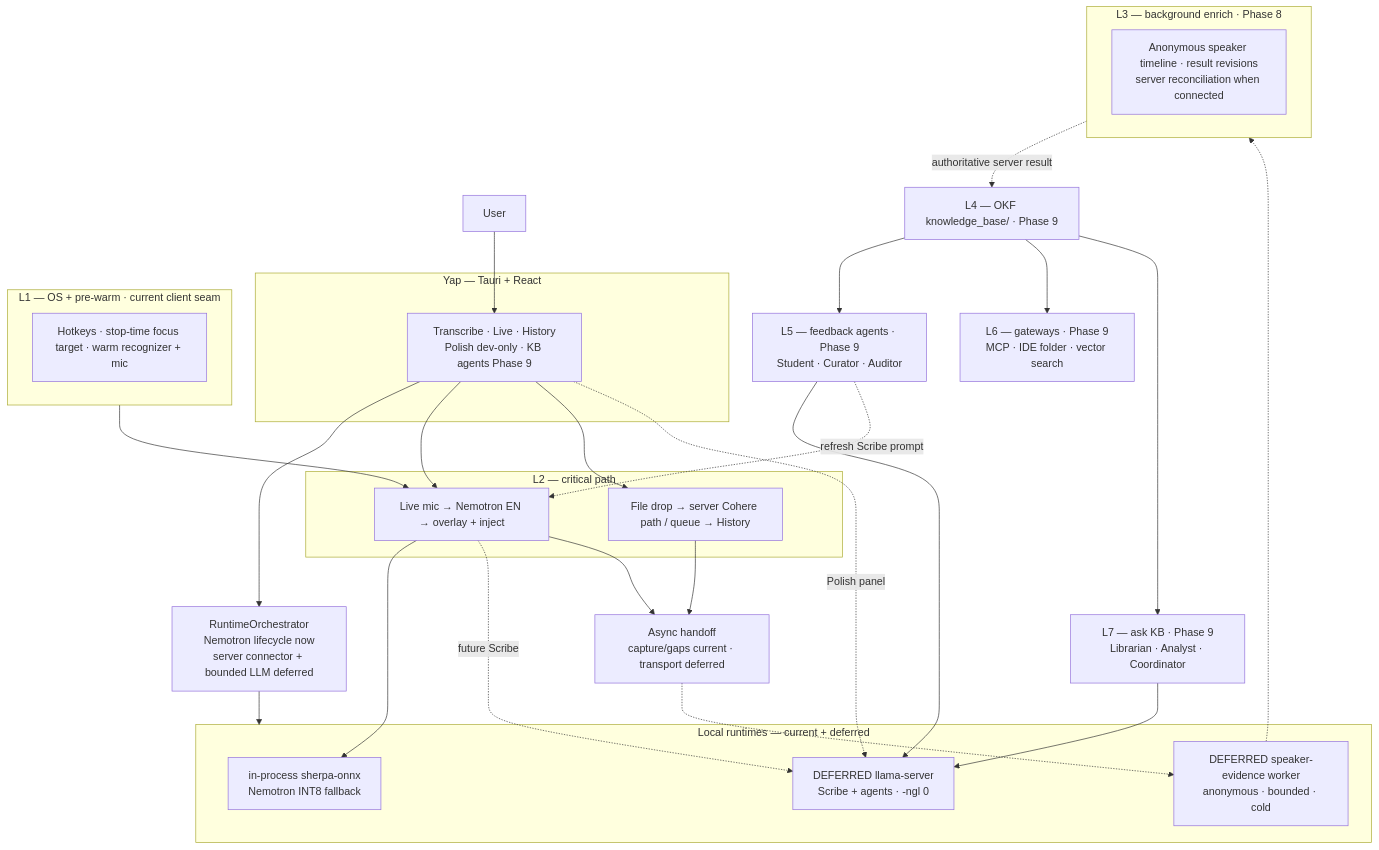
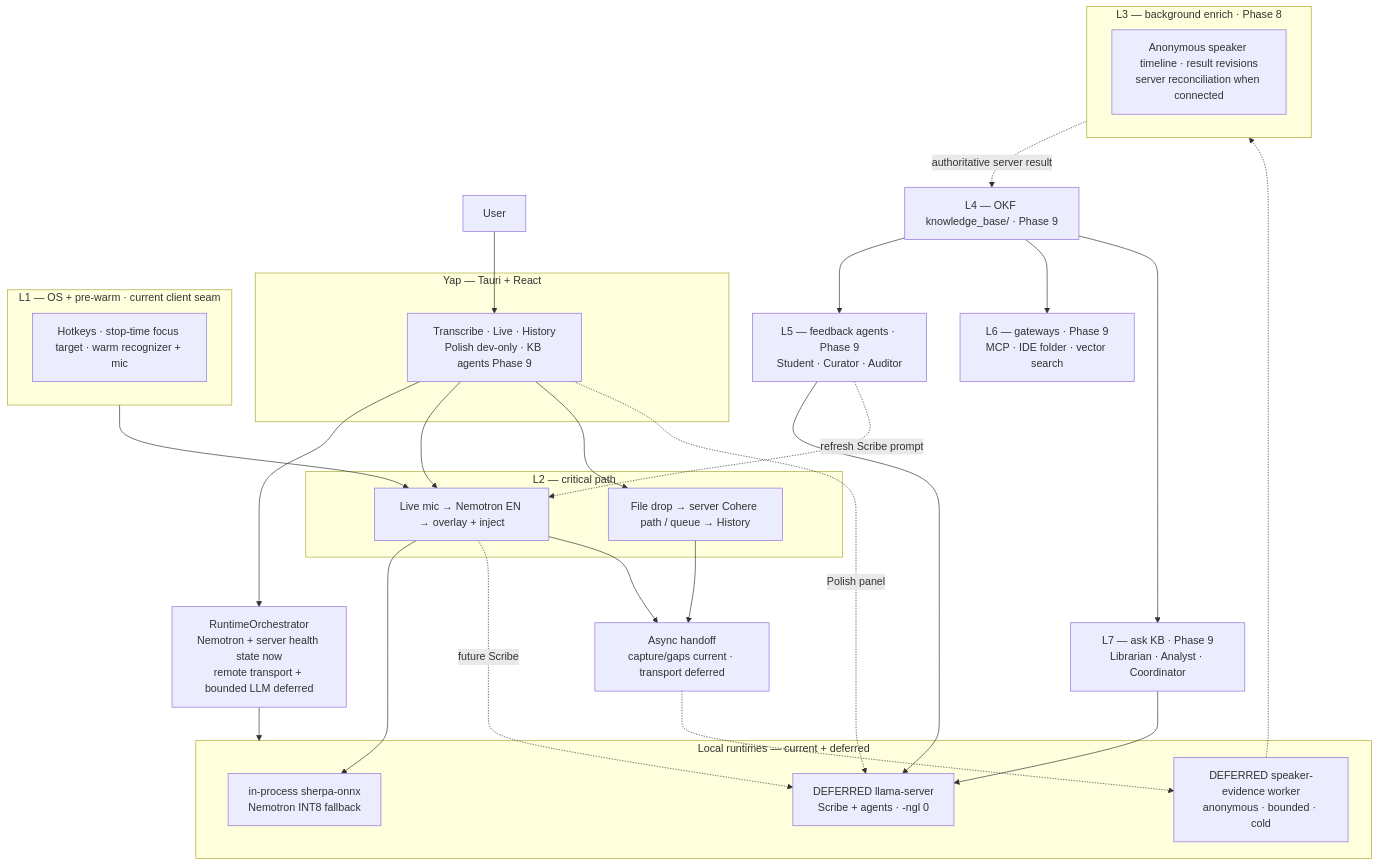
Before and after one commit to mcnatg1/yap: the first of 4 diagrams in docs/VOICE-OS-ARCHITECTURE.md, drawn with Mermaid. The commit also changed other lines of this file and 15 other files, not shown here.

````diff
--- a/docs/VOICE-OS-ARCHITECTURE.md
+++ b/docs/VOICE-OS-ARCHITECTURE.md
@@ -112,54 +112,54 @@
 ```mermaid
 flowchart TB
     User["User"]
 
     subgraph Yap["Yap — Tauri + React"]
         UI["Transcribe · Live · History<br/>Polish dev-only · KB agents Phase 9"]
     end
 
-    Orch["RuntimeOrchestrator<br/>Nemotron lifecycle now<br/>server connector + bounded LLM deferred"]
+    Orch["RuntimeOrchestrator<br/>Nemotron + server health state now<br/>remote transport + bounded LLM deferred"]
 
     subgraph Sidecars["Local runtimes — current + deferred"]
         CR["in-process sherpa-onnx<br/>Nemotron INT8 fallback"]
         LL["DEFERRED llama-server<br/>Scribe + agents · -ngl 0"]
         KW["DEFERRED speaker-evidence worker<br/>anonymous · bounded · cold"]
     end
 
     subgraph L1["L1 — OS + pre-warm · current client seam"]
         L1n["Hotkeys · stop-time focus target · warm recognizer + mic"]
     end
 
     subgraph L2["L2 — critical path"]
         Live["Live mic → Nemotron EN → overlay + inject"]
         Batch["File drop → server Cohere path / queue → History"]
     end
 
     Handoff["Async handoff<br/>capture/gaps current · transport deferred"]
 
     subgraph L3["L3 — background enrich · Phase 8"]
         L3n["Anonymous speaker timeline · result revisions<br/>server reconciliation when connected"]
     end
 
     L4["L4 — OKF knowledge_base/ · Phase 9"]
     L5["L5 — feedback agents · Phase 9<br/>Student · Curator · Auditor"]
     L6["L6 — gateways · Phase 9<br/>MCP · IDE folder · vector search"]
     L7["L7 — ask KB · Phase 9<br/>Librarian · Analyst · Coordinator"]
 
     User --> UI --> Orch
     Orch --> Sidecars
     L1 --> Live
     UI --> Live
     UI --> Batch
     Live --> CR
     Live -.->|future Scribe| LL
     UI -.->|Polish panel| LL
     Live --> Handoff
     Batch --> Handoff
     Handoff -.-> KW
     KW -.-> L3
     L3 -.->|authoritative server result| L4
     L4 --> L5 & L6 & L7
     L5 --> LL
     L7 --> LL
     L5 -.->|refresh Scribe prompt| Live
 ```
````
